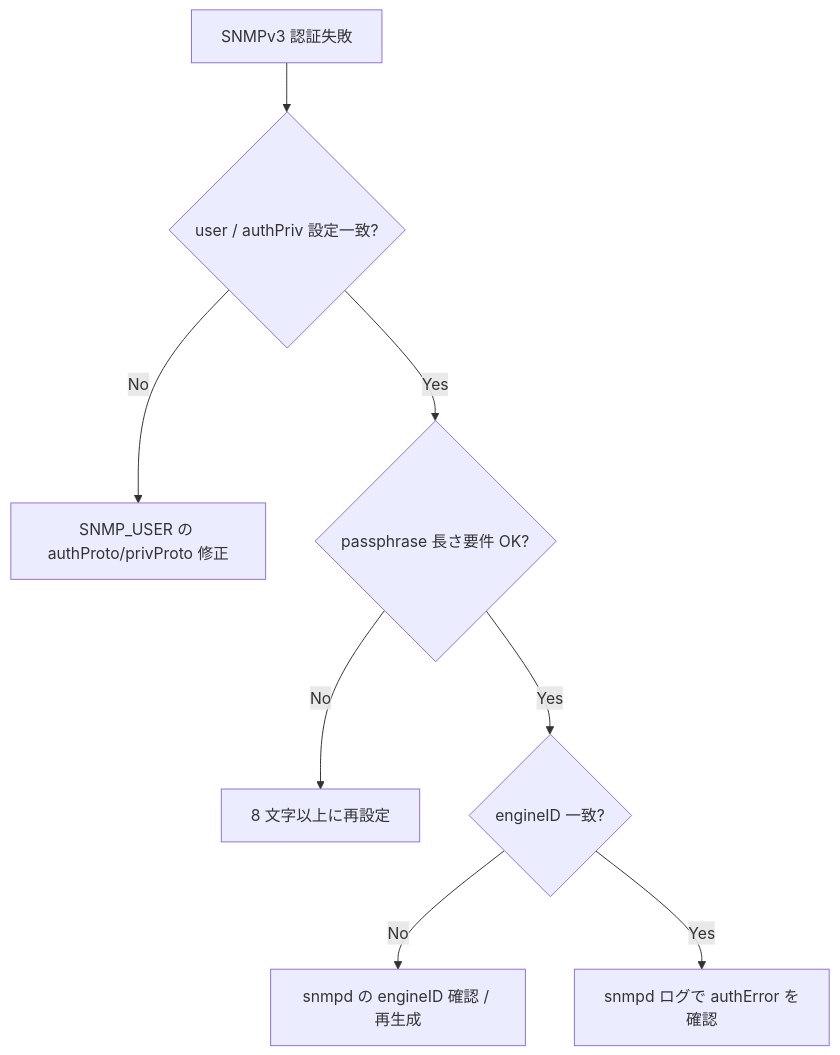
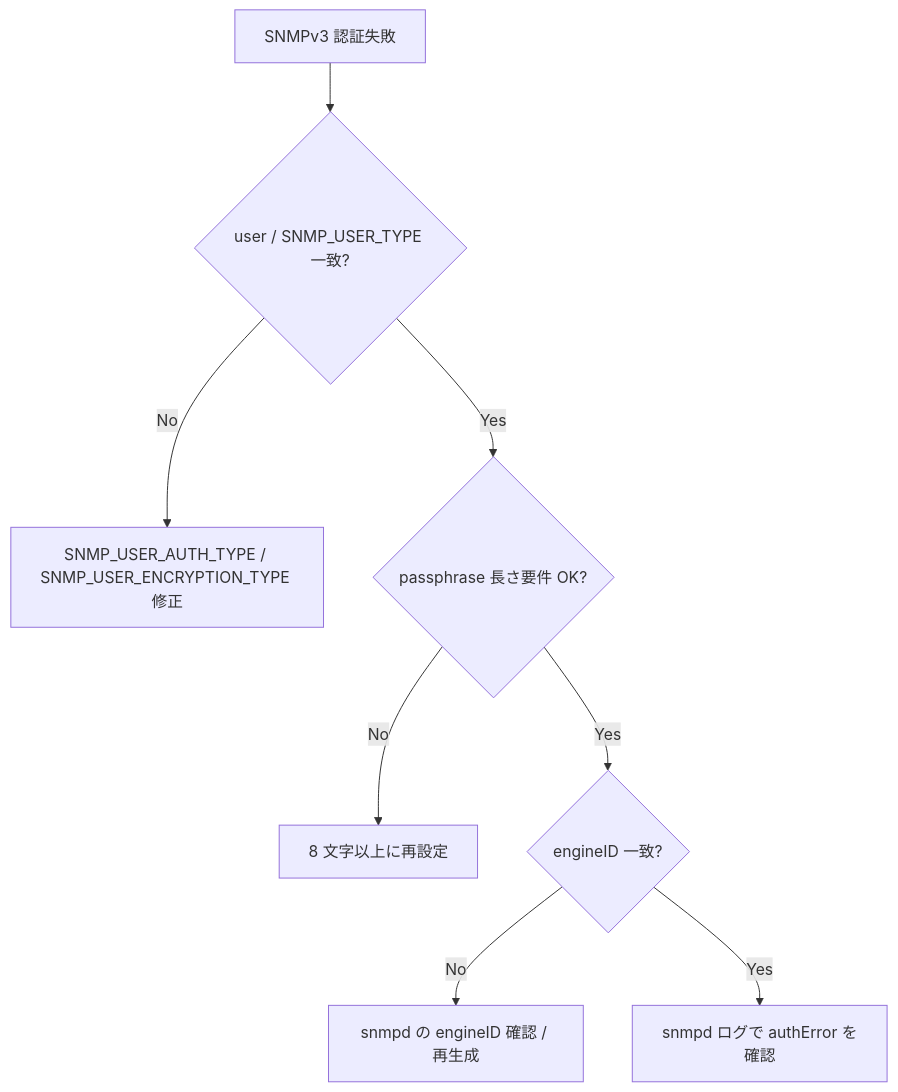
One commit to aoki-taquan/sonic-unofficial-docs changed the diagram in docs/reference/runbooks/snmpv3-auth-failure.md. Above: the diagram before and after it, drawn with Mermaid. The commit also changed other lines of this file and 21 other files, not shown here.

````diff
--- a/docs/reference/runbooks/snmpv3-auth-failure.md
+++ b/docs/reference/runbooks/snmpv3-auth-failure.md
@@ -42,10 +44,10 @@
 ```mermaid
 flowchart TD
-    A[SNMPv3 認証失敗] --> B{user / authPriv 設定一致?}
-    B -- No --> B1[SNMP_USER の authProto/privProto 修正]
+    A[SNMPv3 認証失敗] --> B{user / SNMP_USER_TYPE 一致?}
+    B -- No --> B1[SNMP_USER_AUTH_TYPE / SNMP_USER_ENCRYPTION_TYPE 修正]
     B -- Yes --> C{passphrase 長さ要件 OK?}
     C -- No --> C1[8 文字以上に再設定]
     C -- Yes --> D{engineID 一致?}
     D -- No --> D1[snmpd の engineID 確認 / 再生成]
     D -- Yes --> E[snmpd ログで authError を確認]
 ```
````
